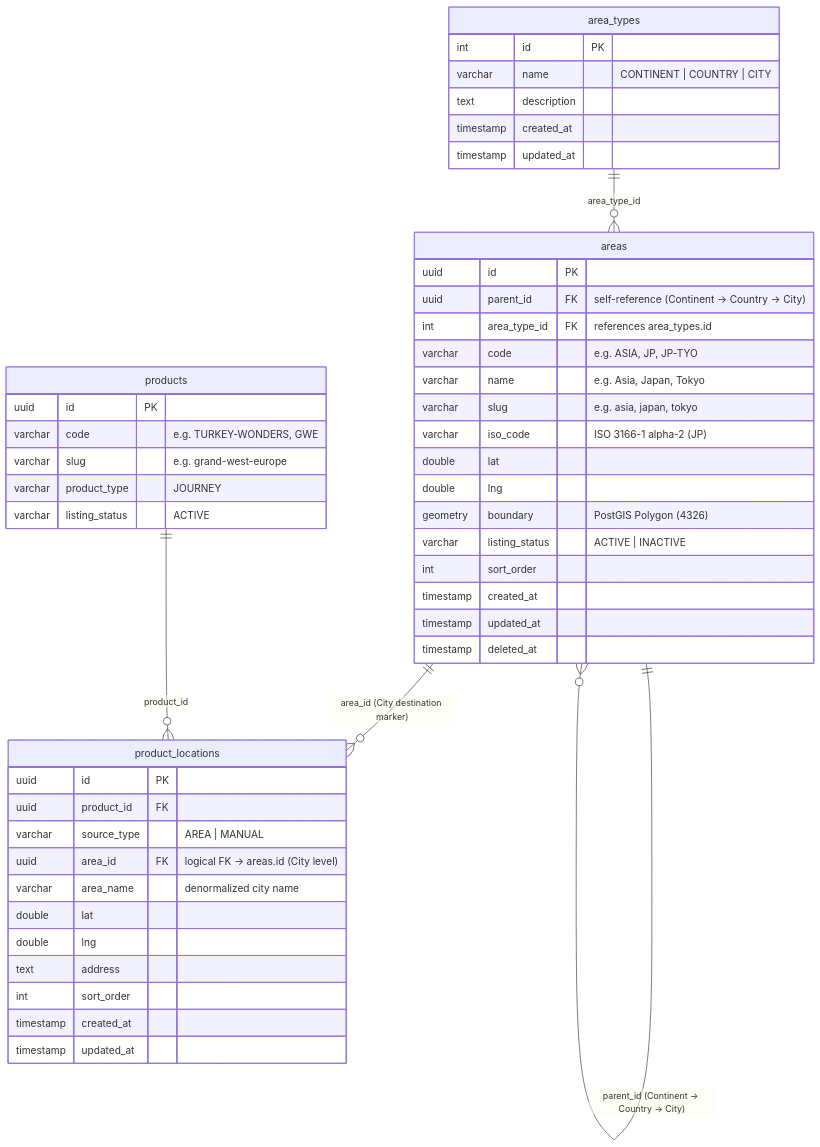
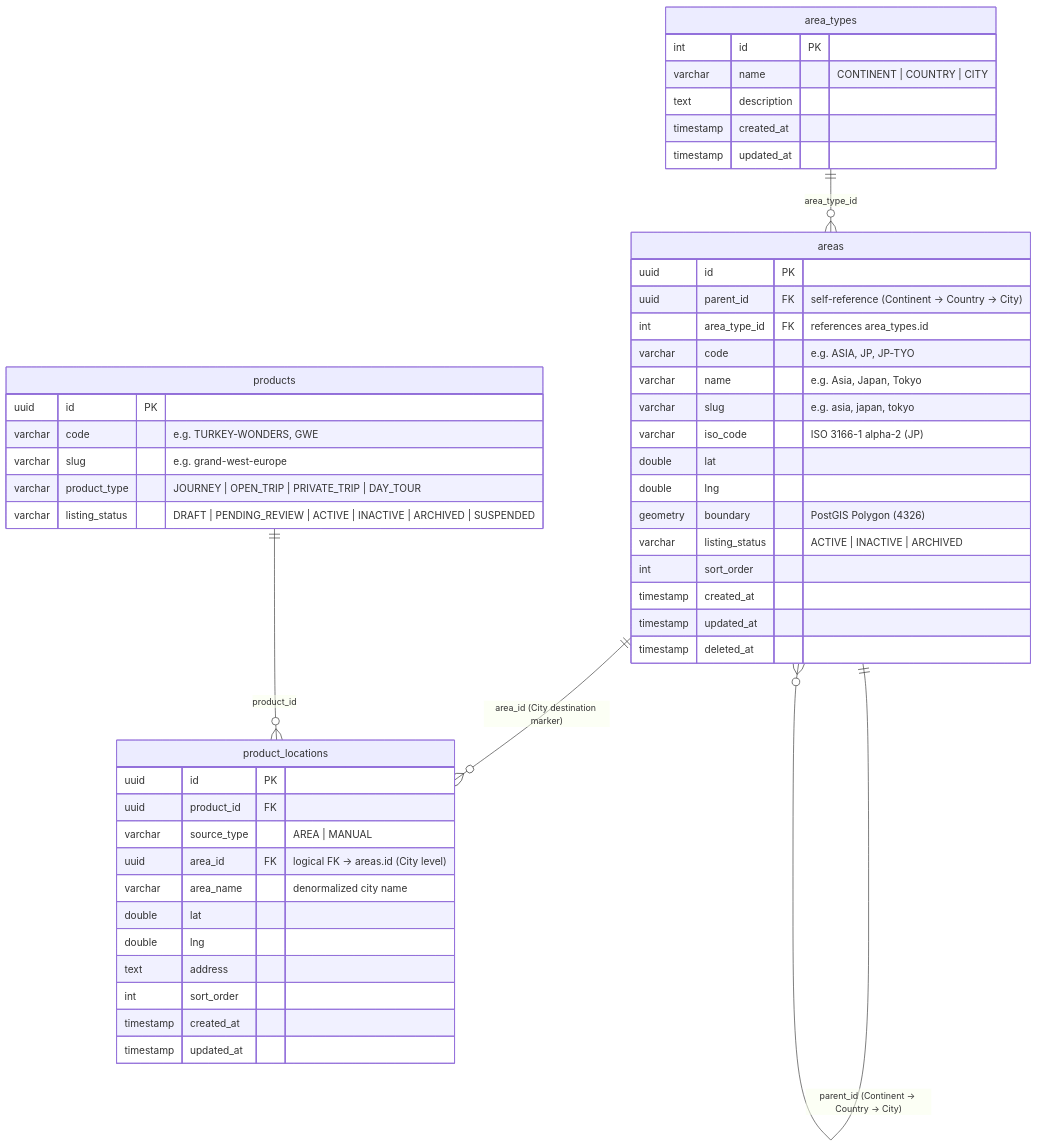
The first of 3 diagrams in area-technical-design.md (Haris-saifudin/hobiholidays-documentations), drawn with Mermaid before and after one commit. The commit also changed other lines of this file and 3 other files, not shown here.

Commit message:
docs: define product entity enums and update technical design documentation for status and classification tracking

````diff
--- a/area-technical-design.md
+++ b/area-technical-design.md
@@ -111,55 +115,55 @@
 ```mermaid
 erDiagram
     area_types ||--o{ areas : "area_type_id"
     areas ||--o{ areas : "parent_id (Continent -> Country -> City)"
     areas ||--o{ product_locations : "area_id (City destination marker)"
     products ||--o{ product_locations : "product_id"
 
     area_types {
         int       id           PK
         varchar   name         "CONTINENT | COUNTRY | CITY"
         text      description
         timestamp created_at
         timestamp updated_at
     }
 
     areas {
         uuid      id             PK
         uuid      parent_id      FK "self-reference (Continent -> Country -> City)"
         int       area_type_id   FK "references area_types.id"
         varchar   code           "e.g. ASIA, JP, JP-TYO"
         varchar   name           "e.g. Asia, Japan, Tokyo"
         varchar   slug           "e.g. asia, japan, tokyo"
         varchar   iso_code       "ISO 3166-1 alpha-2 (JP)"
         double    lat
         double    lng
         geometry  boundary       "PostGIS Polygon (4326)"
-        varchar   listing_status "ACTIVE | INACTIVE"
+        varchar   listing_status "ACTIVE | INACTIVE | ARCHIVED"
         int       sort_order
         timestamp created_at
         timestamp updated_at
         timestamp deleted_at
     }
 
     product_locations {
         uuid      id          PK
         uuid      product_id  FK
         varchar   source_type "AREA | MANUAL"
         uuid      area_id     FK "logical FK → areas.id (City level)"
         varchar   area_name   "denormalized city name"
         double    lat
         double    lng
         text      address
         int       sort_order
         timestamp created_at
         timestamp updated_at
     }
 
     products {
         uuid      id             PK
         varchar   code           "e.g. TURKEY-WONDERS, GWE"
         varchar   slug           "e.g. grand-west-europe"
-        varchar   product_type   "JOURNEY"
-        varchar   listing_status "ACTIVE"
+        varchar   product_type   "JOURNEY | OPEN_TRIP | PRIVATE_TRIP | DAY_TOUR"
+        varchar   listing_status "DRAFT | PENDING_REVIEW | ACTIVE | INACTIVE | ARCHIVED | SUSPENDED"
     }
 ```
````
